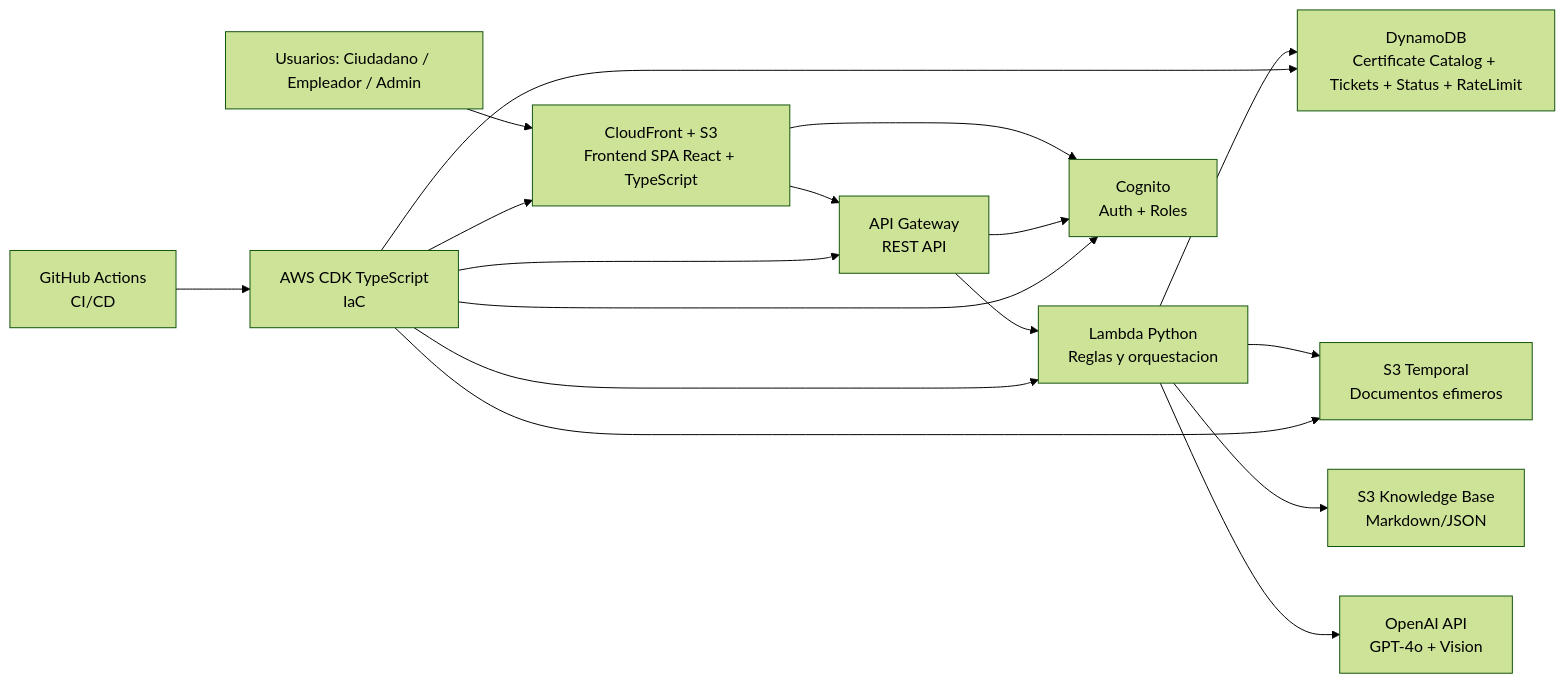
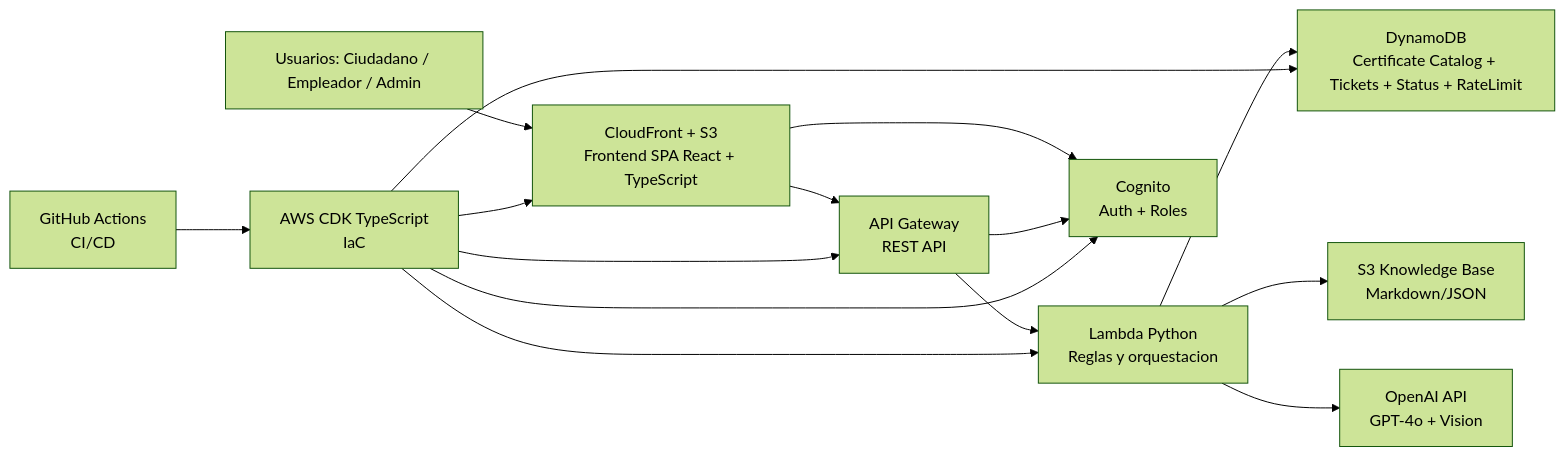
Before and after one commit to hdballestan/ISAIA_gupo1: the second of 7 diagrams in README.md, drawn with Mermaid (forest theme). The commit also changed other lines of this file and 2 other files, not shown here.

````diff
--- a/README.md
+++ b/README.md
@@ -285,32 +286,29 @@
 ```mermaid
 flowchart LR
   U[Usuarios: Ciudadano / Empleador / Admin]
   CDN[CloudFront + S3\nFrontend SPA React + TypeScript]
   APIGW[API Gateway\nREST API]
   L[Lambda Python\nReglas y orquestacion]
   DDB[DynamoDB\nCertificate Catalog + Tickets + Status + RateLimit]
-  S3TMP[S3 Temporal\nDocumentos efimeros]
   S3RAG[S3 Knowledge Base\nMarkdown/JSON]
   COG[Cognito\nAuth + Roles]
   OAI[OpenAI API\nGPT-4o + Vision]
   GHA[GitHub Actions\nCI/CD]
   CDK[AWS CDK TypeScript\nIaC]
 
   U --> CDN
   CDN --> APIGW
   APIGW --> L
   L --> DDB
-  L --> S3TMP
   L --> S3RAG
   L --> OAI
   CDN --> COG
   APIGW --> COG
 
   GHA --> CDK
   CDK --> CDN
   CDK --> APIGW
   CDK --> L
   CDK --> DDB
-  CDK --> S3TMP
   CDK --> COG
 ```
````
